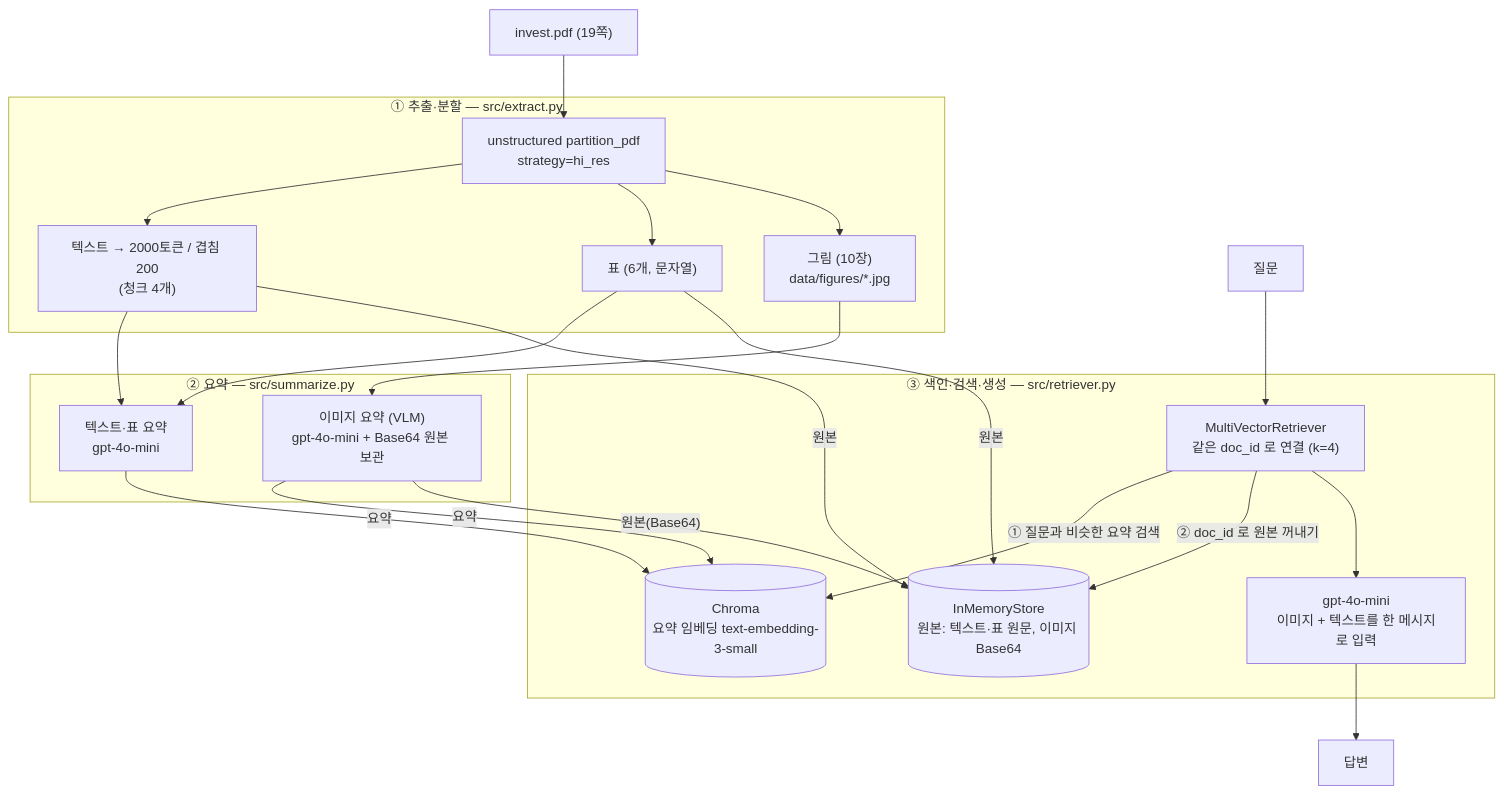
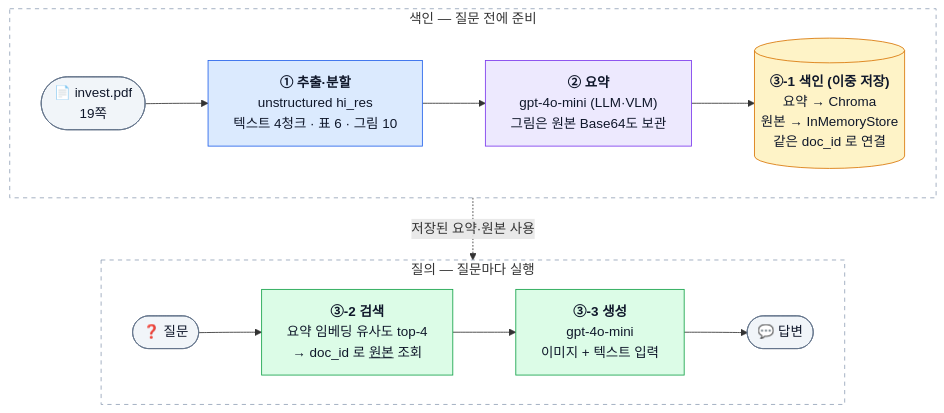
One commit to string2015-dev/multimodal-rag changed the diagram in README.md. Above: the diagram before and after it, drawn with Mermaid. The commit also changed other lines of this file, not shown here.

Commit message:
readme 수정 v1

````diff
--- a/README.md
+++ b/README.md
@@ -33,41 +38,35 @@
 ```mermaid
 flowchart TB
-    PDF["invest.pdf (19쪽)"]
-
-    subgraph S1["① 추출·분할 — src/extract.py"]
-        E["unstructured partition_pdf<br/>strategy=hi_res"]
-        T["텍스트 → 2000토큰 / 겹침 200<br/>(청크 4개)"]
-        TB["표 (6개, 문자열)"]
-        IM["그림 (10장)<br/>data/figures/*.jpg"]
+    subgraph IDX["색인 — 질문 전에 준비"]
+        direction LR
+        PDF(["📄 invest.pdf<br/>19쪽"])
+        S1["<b>① 추출·분할</b><br/>unstructured hi_res<br/>텍스트 4청크 · 표 6 · 그림 10"]
+        S2["<b>② 요약</b><br/>gpt-4o-mini (LLM·VLM)<br/>그림은 원본 Base64도 보관"]
+        S3[("<b>③-1 색인 (이중 저장)</b><br/>요약 → Chroma<br/>원본 → InMemoryStore<br/>같은 doc_id 로 연결")]
+        PDF --> S1 --> S2 --> S3
     end
 
-    subgraph S2["② 요약 — src/summarize.py"]
-        ST["텍스트·표 요약<br/>gpt-4o-mini"]
-        SI["이미지 요약 (VLM)<br/>gpt-4o-mini + Base64 원본 보관"]
+    subgraph QRY["질의 — 질문마다 실행"]
+        direction LR
+        Q(["❓ 질문"])
+        R["<b>③-2 검색</b><br/>요약 임베딩 유사도 top-4<br/>→ doc_id 로 <u>원본</u> 조회"]
+        G["<b>③-3 생성</b><br/>gpt-4o-mini<br/>이미지 + 텍스트 입력"]
+        A(["💬 답변"])
+        Q --> R --> G --> A
     end
 
-    subgraph S3["③ 색인·검색·생성 — src/retriever.py"]
-        VS[("Chroma<br/>요약 임베딩 text-embedding-3-small")]
-        DS[("InMemoryStore<br/>원본: 텍스트·표 원문, 이미지 Base64")]
-        R["MultiVectorRetriever<br/>같은 doc_id 로 연결 (k=4)"]
-        G["gpt-4o-mini<br/>이미지 + 텍스트를 한 메시지로 입력"]
-    end
+    IDX -. "저장된 요약·원본 사용" .-> QRY
 
-    Q["질문"] --> R
-    PDF --> E
-    E --> T
-    E --> TB
-    E --> IM
-    T --> ST
-    TB --> ST
-    IM --> SI
-    ST -- "요약" --> VS
-    SI -- "요약" --> VS
-    T -- "원본" --> DS
-    TB -- "원본" --> DS
-    SI -- "원본(Base64)" --> DS
-    R -- "① 질문과 비슷한 요약 검색" --> VS
-    R -- "② doc_id 로 원본 꺼내기" --> DS
-    R --> G
-    G --> A["답변"]
+    classDef input fill:#f1f5f9,stroke:#64748b,color:#0f172a
+    classDef extract fill:#dbeafe,stroke:#2563eb,color:#0f172a
+    classDef summ fill:#ede9fe,stroke:#7c3aed,color:#0f172a
+    classDef store fill:#fef3c7,stroke:#d97706,color:#0f172a
+    classDef query fill:#dcfce7,stroke:#16a34a,color:#0f172a
+    class PDF,Q,A input
+    class S1 extract
+    class S2 summ
+    class S3 store
+    class R,G query
+    style IDX fill:transparent,stroke:#94a3b8,stroke-dasharray:5 5
+    style QRY fill:transparent,stroke:#94a3b8,stroke-dasharray:5 5
 ```
````
